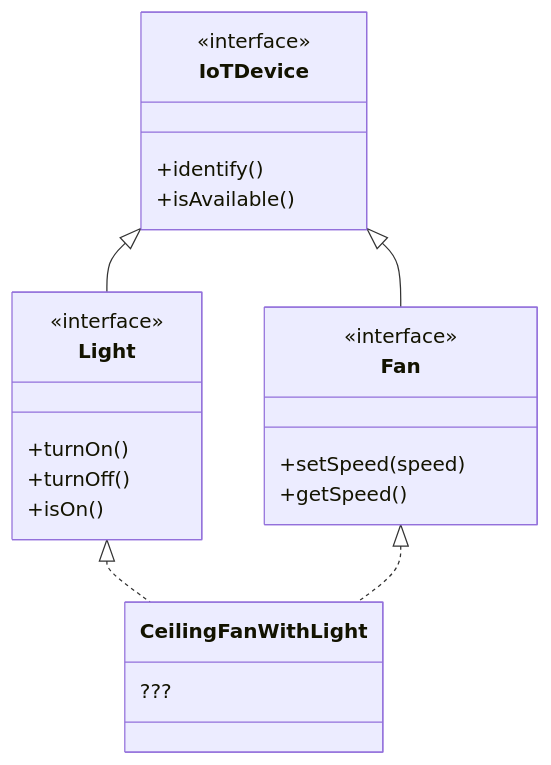
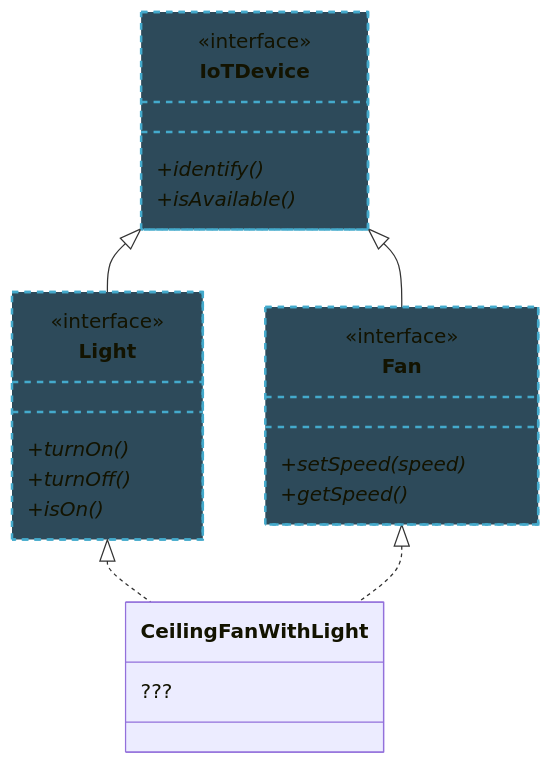
Diagram 19 of 22 in lecture-slides-spertus/l2-inheritance-polymorphism.mdx (neu-pdi/cs3100-public-resources), drawn with Mermaid before and after one commit. The commit also changed other lines of this file and 4 other files, not shown here.

````diff
--- a/lecture-slides-spertus/l2-inheritance-polymorphism.mdx
+++ b/lecture-slides-spertus/l2-inheritance-polymorphism.mdx
@@ -1602,26 +2078,29 @@
 ```mermaid
 classDiagram
     class IoTDevice {
         <<interface>>
-        +identify()
-        +isAvailable()
+        +identify()*
+        +isAvailable()*
     }
     class Light {
         <<interface>>
-        +turnOn()
-        +turnOff()
-        +isOn()
+        +turnOn()*
+        +turnOff()*
+        +isOn()*
     }
     class Fan {
         <<interface>>
-        +setSpeed(speed)
-        +getSpeed()
+        +setSpeed(speed)*
+        +getSpeed()*
     }
     class CeilingFanWithLight {
         ???
     }
     IoTDevice <|-- Light
     IoTDevice <|-- Fan
     Light <|.. CeilingFanWithLight
     Fan <|.. CeilingFanWithLight
+    style Light fill:#2d4a5a,stroke:#4ac,stroke-width:2px,stroke-dasharray: 5 5
+    style IoTDevice fill:#2d4a5a,stroke:#4ac,stroke-width:2px,stroke-dasharray: 5 5
+    style Fan fill:#2d4a5a,stroke:#4ac,stroke-width:2px,stroke-dasharray: 5 5
 ```
````
